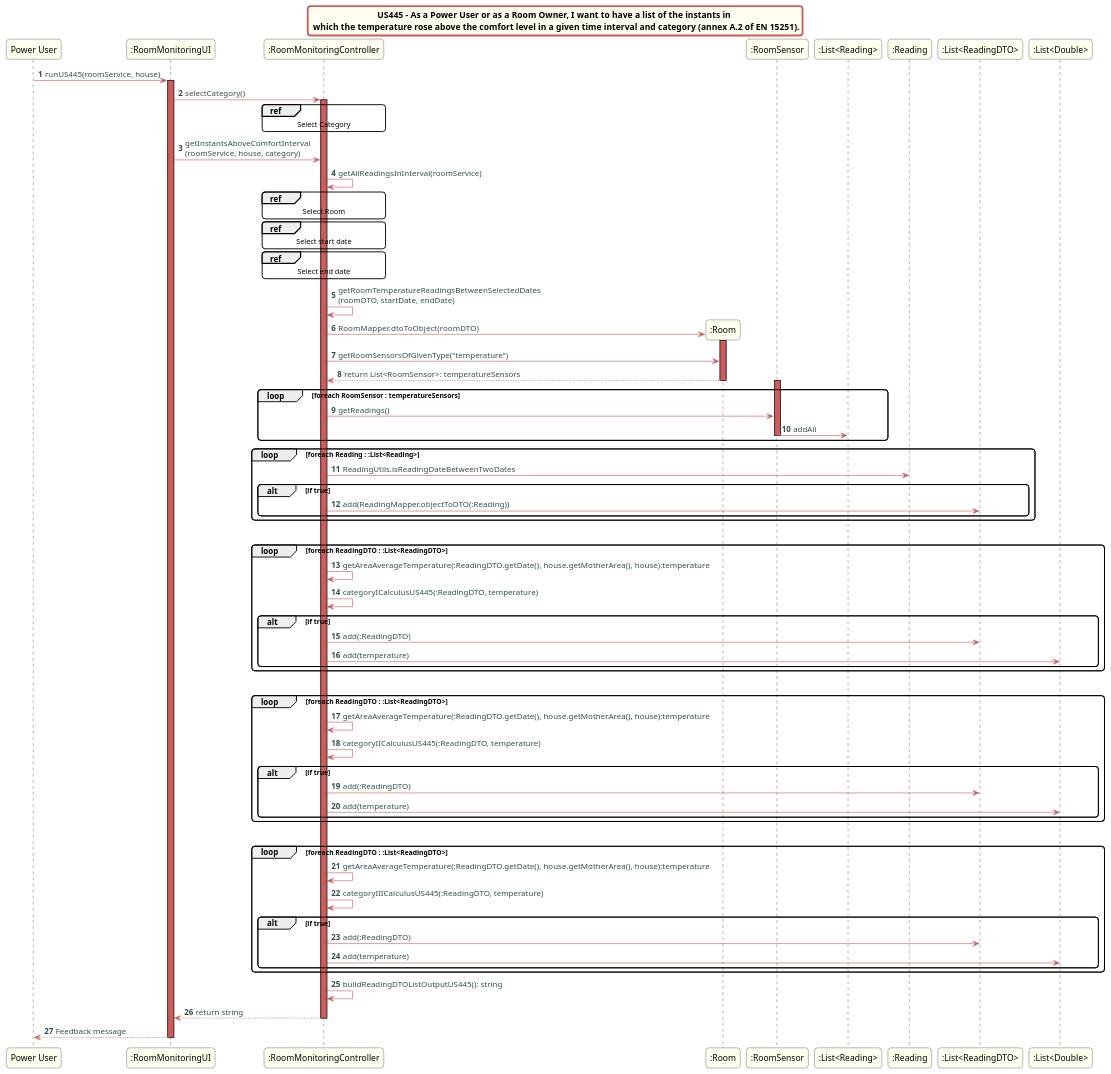
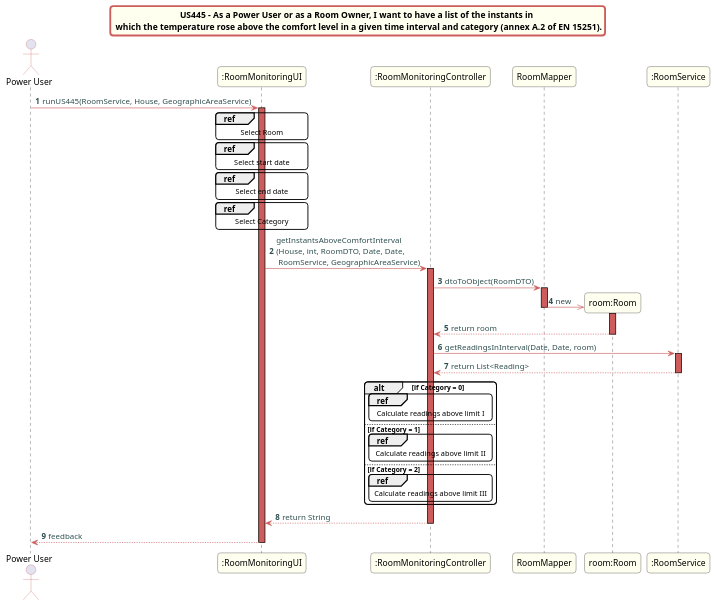
Before and after one commit to Almadanmp/project: the diagram in src/doc/Controllers/RoomMonitoring/US445/US445_sd_RoomMonitoring.puml, drawn with PlantUML. The commit also changed 8 other files, not shown here.

First line of the commit message:
REF #259 - Sub-Issue: Add US445 Sequence Diagram and Class Diagram

```diff
--- a/src/doc/Controllers/RoomMonitoring/US445/US445_sd_RoomMonitoring.puml
+++ b/src/doc/Controllers/RoomMonitoring/US445/US445_sd_RoomMonitoring.puml
@@ -1,96 +1,73 @@
 @startuml
 skinparam titleBorderRoundCorner 10
 skinparam titleBorderThickness 3
 skinparam titleBorderColor indianred
 skinparam titleBackgroundColor ivory
 skinparam FontName quicksand
 
 skinparam actor {
  	BorderColor indianred
  	}
 
  skinparam sequence {
  	LifeLineBackgroundColor indianred
  	ParticipantBackgroundColor ivory
  }
 
  skinparam roundcorner 10
 
  skinparam component {
    arrowThickness 1
    ArrowFontName Verdana
    ArrowColor indianred
    ArrowFontColor darkslategrey
  }
 title US445 - As a Power User or as a Room Owner, I want to have a list of the instants in \n which the temperature rose above the comfort level in a given time interval and category (annex A.2 of EN 15251).
 autonumber
-"Power User" -> ":RoomMonitoringUI": runUS445(roomService, house)
+actor "Power User"
+"Power User" -> ":RoomMonitoringUI": runUS445(RoomService, House, GeographicAreaService)
 activate ":RoomMonitoringUI"
-":RoomMonitoringUI" -> ":RoomMonitoringController": selectCategory()
-activate ":RoomMonitoringController"
-ref over ":RoomMonitoringController"
+ref over ":RoomMonitoringUI"
+Select Room
+end ref
+ref over ":RoomMonitoringUI"
+Select start date
+end ref
+ref over ":RoomMonitoringUI"
+Select end date
+end ref
+ref over ":RoomMonitoringUI"
 Select Category
 end ref
-":RoomMonitoringUI" -> ":RoomMonitoringController": getInstantsAboveComfortInterval\n(roomService, house, category)
-":RoomMonitoringController" -> ":RoomMonitoringController": getAllReadingsInInterval(roomService)
+":RoomMonitoringUI" -> ":RoomMonitoringController": getInstantsAboveComfortInterval\n(House, int, RoomDTO, Date, Date,\n RoomService, GeographicAreaService)
+activate ":RoomMonitoringController"
+":RoomMonitoringController" -> RoomMapper: dtoToObject(RoomDTO)
+create "room:Room"
+activate RoomMapper
+RoomMapper ->> "room:Room": new
+deactivate RoomMapper
+activate "room:Room"
+"room:Room" --> ":RoomMonitoringController": return room
+deactivate "room:Room"
+":RoomMonitoringController" -> ":RoomService": getReadingsInInterval(Date, Date, room)
+activate ":RoomService"
+":RoomService" --> ":RoomMonitoringController": return List<Reading>
+deactivate ":RoomService"
+alt if Category = 0
 ref over ":RoomMonitoringController"
-Select Room
+Calculate readings above limit I
 end ref
+else if Category = 1
 ref over ":RoomMonitoringController"
-Select start date
+Calculate readings above limit II
 end ref
+else if Category = 2
 ref over ":RoomMonitoringController"
-Select end date
+Calculate readings above limit III
 end ref
-":RoomMonitoringController" -> ":RoomMonitoringController":getRoomTemperatureReadingsBetweenSelectedDates\n(roomDTO, startDate, endDate)
-create ":Room"
-":RoomMonitoringController" -> ":Room": RoomMapper.dtoToObject(roomDTO)
-activate ":Room"
-":RoomMonitoringController" -> ":Room": getRoomSensorsOfGivenType("temperature")
-":Room" -->":RoomMonitoringController": return List<RoomSensor>: temperatureSensors
-deactivate ":Room"
-loop  foreach RoomSensor : temperatureSensors
-activate ":RoomSensor"
-":RoomMonitoringController" -> ":RoomSensor":getReadings()
-":RoomSensor" -> ":List<Reading>": addAll
-deactivate ":RoomSensor"
 end
-loop  foreach Reading : :List<Reading>
-":RoomMonitoringController" -> ":Reading":ReadingUtils.isReadingDateBetweenTwoDates
-alt if true
-":RoomMonitoringController" -> ":List<ReadingDTO>": add(ReadingMapper.objectToDTO(:Reading))
-end
-end
-alt if category == 0
-loop  foreach ReadingDTO : :List<ReadingDTO>
-":RoomMonitoringController" -> ":RoomMonitoringController": getAreaAverageTemperature(:ReadingDTO.getDate(), house.getMotherArea(), house):temperature
-":RoomMonitoringController" -> ":RoomMonitoringController": categoryICalculusUS445(:ReadingDTO, temperature)
-alt if true
-":RoomMonitoringController" -> ":List<ReadingDTO>": add(:ReadingDTO)
-":RoomMonitoringController" -> ":List<Double>": add(temperature)
-end
-end
-alt if category == 1
-loop  foreach ReadingDTO : :List<ReadingDTO>
-":RoomMonitoringController" -> ":RoomMonitoringController": getAreaAverageTemperature(:ReadingDTO.getDate(), house.getMotherArea(), house):temperature
-":RoomMonitoringController" -> ":RoomMonitoringController": categoryIICalculusUS445(:ReadingDTO, temperature)
-alt if true
-":RoomMonitoringController" -> ":List<ReadingDTO>": add(:ReadingDTO)
-":RoomMonitoringController" -> ":List<Double>": add(temperature)
-end
-end
-alt if category == 2
-loop  foreach ReadingDTO : :List<ReadingDTO>
-":RoomMonitoringController" -> ":RoomMonitoringController": getAreaAverageTemperature(:ReadingDTO.getDate(), house.getMotherArea(), house):temperature
-":RoomMonitoringController" -> ":RoomMonitoringController": categoryIIICalculusUS445(:ReadingDTO, temperature)
-alt if true
-":RoomMonitoringController" -> ":List<ReadingDTO>": add(:ReadingDTO)
-":RoomMonitoringController" -> ":List<Double>": add(temperature)
-end
-end
-":RoomMonitoringController" -> ":RoomMonitoringController":buildReadingDTOListOutputUS445(): string
-":RoomMonitoringController" --> ":RoomMonitoringUI": return string
+":RoomMonitoringController" --> ":RoomMonitoringUI": return String
 deactivate ":RoomMonitoringController"
-":RoomMonitoringUI" --> "Power User": Feedback message
+":RoomMonitoringUI" --> "Power User": feedback
 deactivate ":RoomMonitoringUI"
 @enduml
```
